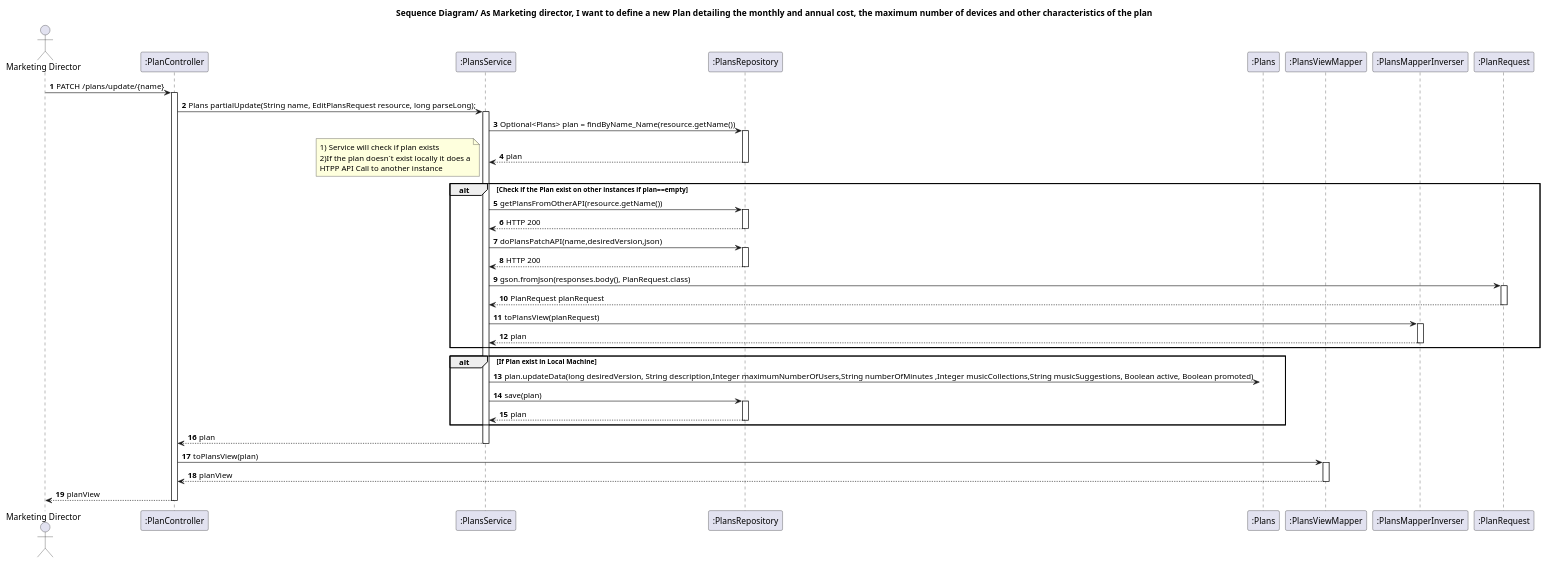
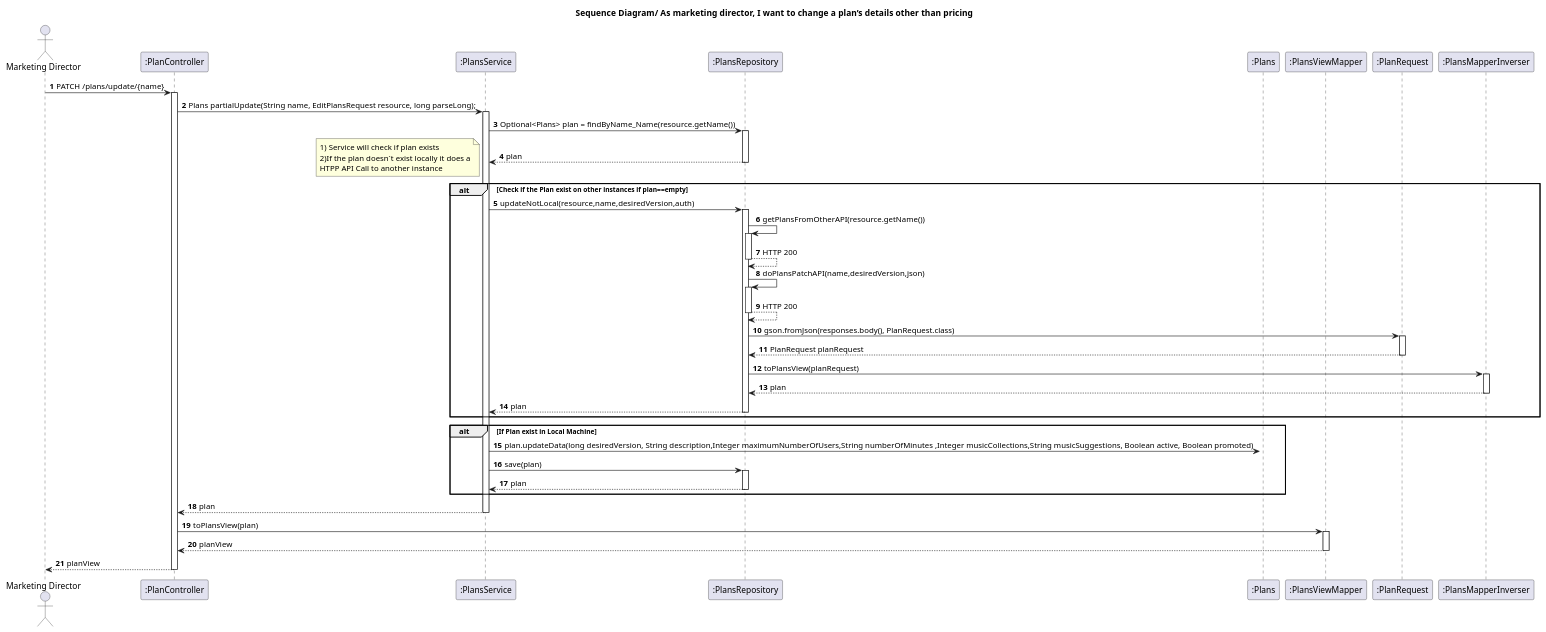
Before and after one commit to IsepMartimOliveira/SIDIS: the diagram in docs_sidis/Plans/WP#1A/US03/SD.puml, drawn with PlantUML. The commit also changed 15 other files, not shown here.

Commit message:
Plans docs,repo changes

```diff
--- a/docs_sidis/Plans/WP#1A/US03/SD.puml
+++ b/docs_sidis/Plans/WP#1A/US03/SD.puml
@@ -1,54 +1,57 @@
 @startuml
 'https://plantuml.com/sequence-diagram
 autoactivate on
 autonumber
-title Sequence Diagram/ As Marketing director, I want to define a new Plan detailing the monthly and annual cost, the maximum number of devices and other characteristics of the plan
+title Sequence Diagram/  As marketing director, I want to change a plan’s details other than pricing
 
 autonumber
 
 actor "Marketing Director" as Ac
 participant ":PlanController" as Ctrl
 participant ":PlansService" as Serv
 participant ":PlansRepository" as Repo
 participant ":Plans" as Plan
 participant ":PlansViewMapper" as View
+participant ":PlanRequest" as Request
 participant ":PlansMapperInverser" as ViewInverser
-participant ":PlanRequest" as Request
+
 
 
 Ac -> Ctrl : PATCH /plans/update/{name}
 
 Ctrl -> Serv :	Plans partialUpdate(String name, EditPlansRequest resource, long parseLong);
 
 Serv -> Repo :Optional<Plans> plan = findByName_Name(resource.getName())
 Repo --> Serv : plan
 note left
 1) Service will check if plan exists
 2)If the plan doesn´t exist locally it does a
 HTPP API Call to another instance
 end note
 deactivate Plan
 alt Check if the Plan exist on other instances if plan==empty
-Serv->Repo:getPlansFromOtherAPI(resource.getName())
-Repo-->Serv: HTTP 200
+Serv->Repo:updateNotLocal(resource,name,desiredVersion,auth)
+Repo->Repo:getPlansFromOtherAPI(resource.getName())
+Repo-->Repo: HTTP 200
 
 
 
-Serv->Repo:doPlansPatchAPI(name,desiredVersion,json)
-Repo-->Serv: HTTP 200
-Serv -> Request :  gson.fromJson(responses.body(), PlanRequest.class)
-Request-->Serv:PlanRequest planRequest
-Serv -> ViewInverser : toPlansView(planRequest)
-ViewInverser -->Serv: plan
+Repo->Repo:doPlansPatchAPI(name,desiredVersion,json)
+Repo-->Repo: HTTP 200
+Repo -> Request :  gson.fromJson(responses.body(), PlanRequest.class)
+Request-->Repo:PlanRequest planRequest
+Repo -> ViewInverser : toPlansView(planRequest)
+ViewInverser -->Repo: plan
+Repo-->Serv:plan
 end
 alt If Plan exist in Local Machine
 Serv -> Plan :plan.updateData(long desiredVersion, String description,Integer maximumNumberOfUsers,String numberOfMinutes ,Integer musicCollections,String musicSuggestions, Boolean active, Boolean promoted)
 Serv -> Repo: save(plan)
 Repo --> Serv: plan
 end
 Serv --> Ctrl: plan
 Ctrl ->View: toPlansView(plan)
 View -->Ctrl: planView
 Ac <-- Ctrl : planView
 
 @enduml
```
